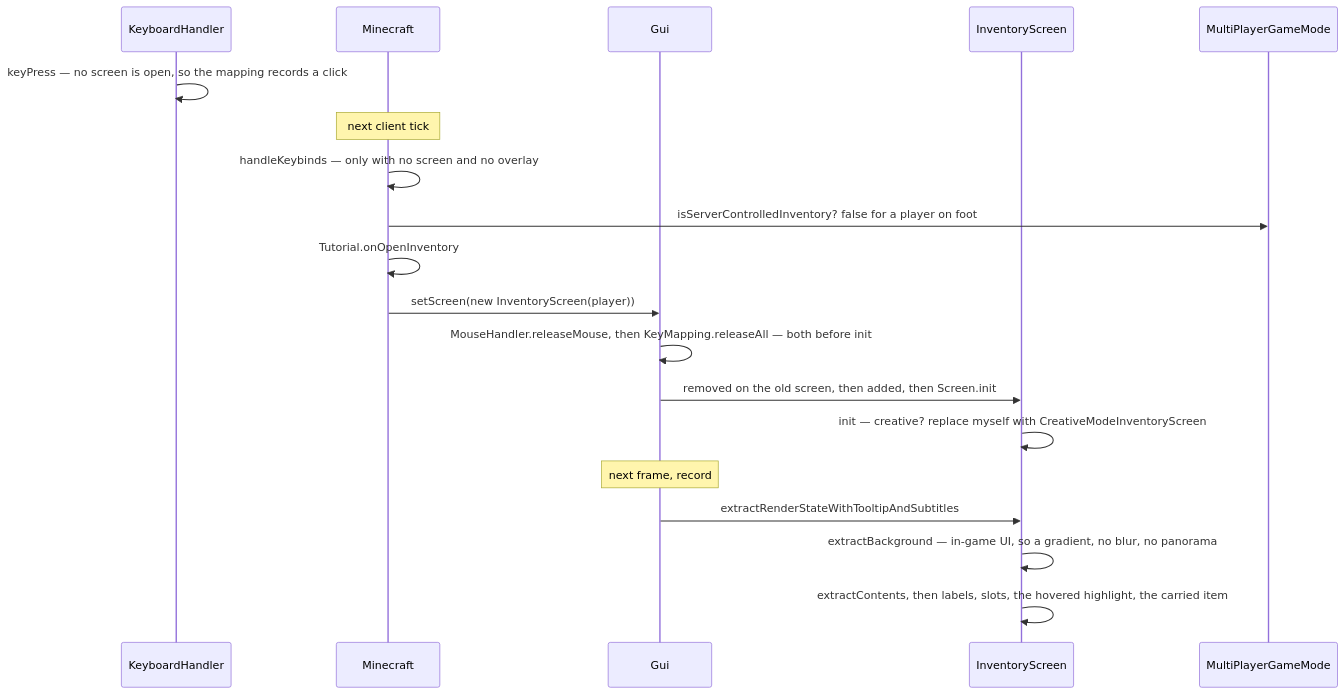
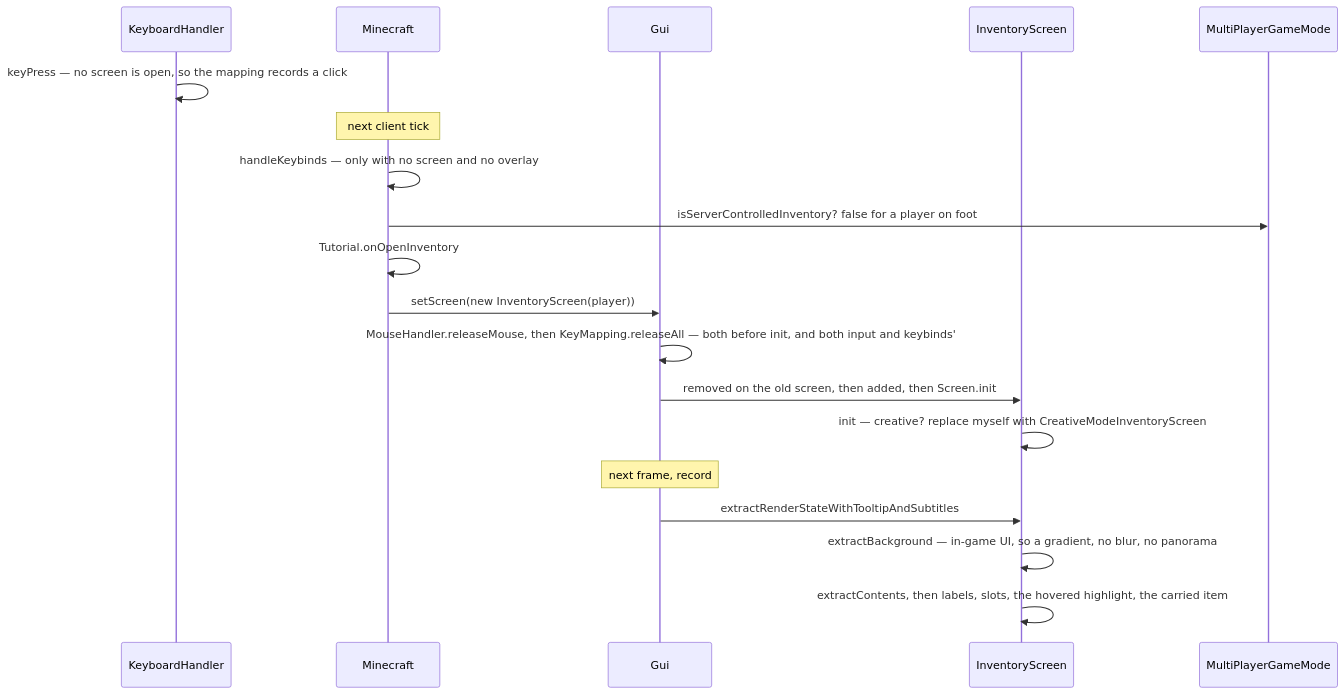
One commit to AlexanderjFraser/MinecraftDocs changed the second of 2 diagrams in src/systems/client/gui-and-screens.md. Above: the diagram before and after it, drawn with Mermaid. The commit also changed other lines of this file and 29 other files, not shown here.

````diff
--- a/src/systems/client/gui-and-screens.md
+++ b/src/systems/client/gui-and-screens.md
@@ -149,22 +152,22 @@
 ```mermaid
 sequenceDiagram
     participant KH as KeyboardHandler
     participant MC as Minecraft
     participant Gui as Gui
     participant InvS as InventoryScreen
     participant MPGM as MultiPlayerGameMode
 
     KH->>KH: keyPress — no screen is open, so the mapping records a click
     Note over MC: next client tick
     MC->>MC: handleKeybinds — only with no screen and no overlay
     MC->>MPGM: isServerControlledInventory? false for a player on foot
     MC->>MC: Tutorial.onOpenInventory
     MC->>Gui: setScreen(new InventoryScreen(player))
-    Gui->>Gui: MouseHandler.releaseMouse, then KeyMapping.releaseAll — both before init
+    Gui->>Gui: MouseHandler.releaseMouse, then KeyMapping.releaseAll — both before init, and both input and keybinds'
     Gui->>InvS: removed on the old screen, then added, then Screen.init
     InvS->>InvS: init — creative? replace myself with CreativeModeInventoryScreen
     Note over Gui: next frame, record
     Gui->>InvS: extractRenderStateWithTooltipAndSubtitles
     InvS->>InvS: extractBackground — in-game UI, so a gradient, no blur, no panorama
     InvS->>InvS: extractContents, then labels, slots, the hovered highlight, the carried item
 ```
````
